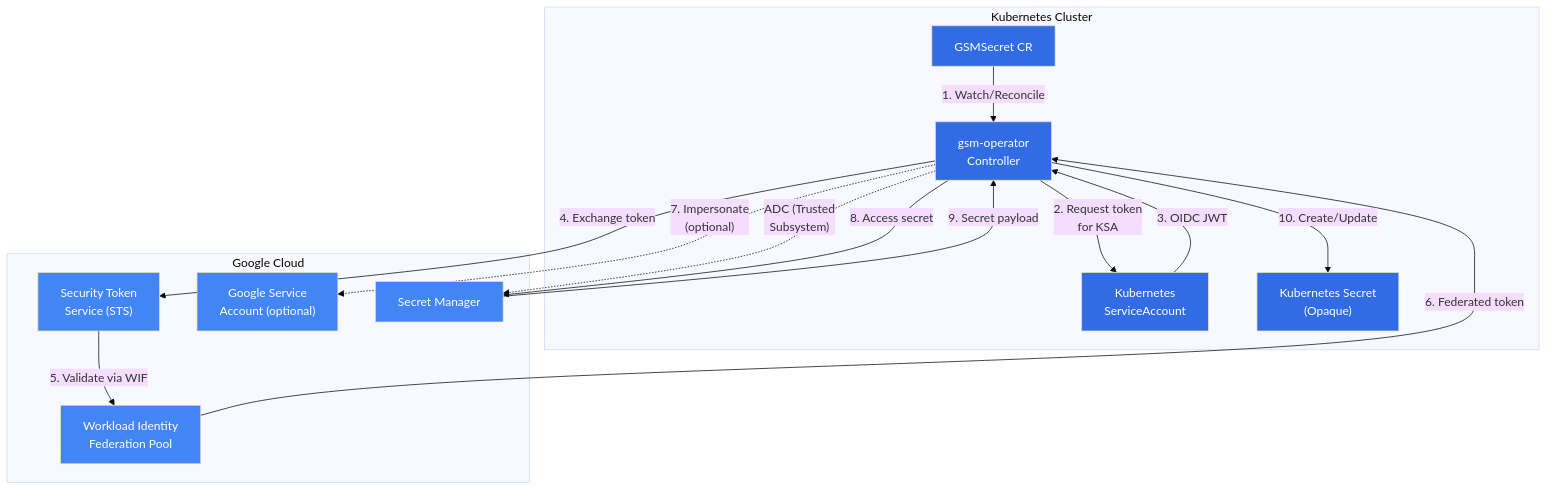
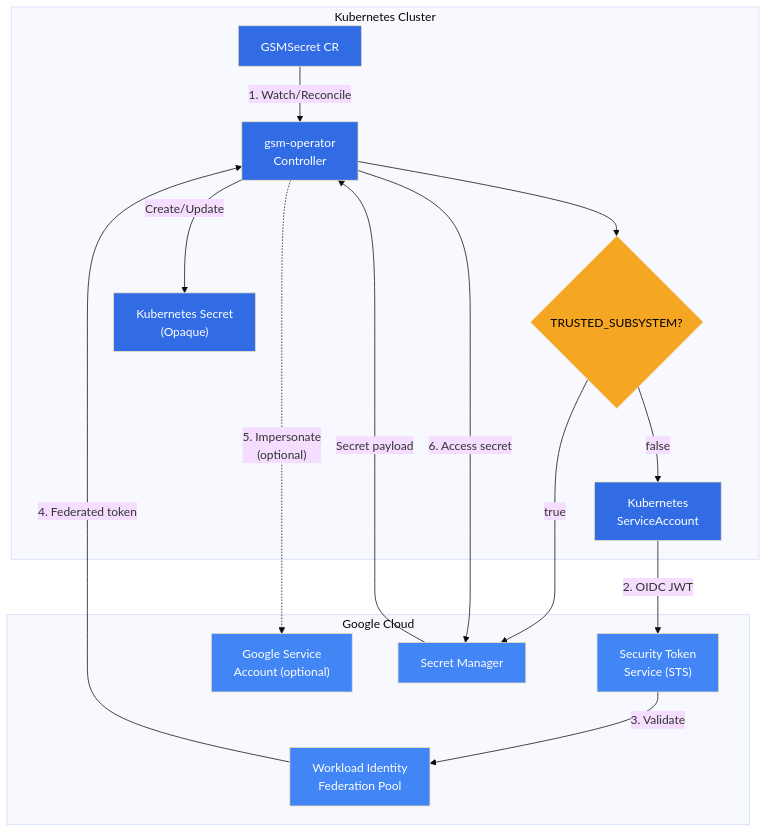
The diagram in README.md (zeraholladay/gsm-operator), drawn with Mermaid (base theme) before and after one commit.

````diff
--- a/README.md
+++ b/README.md
@@ -42,43 +42,45 @@
 ```mermaid
 flowchart TB
     subgraph k8s["Kubernetes Cluster"]
         gsmsecret["GSMSecret CR"]
         controller["gsm-operator<br/>Controller"]
+        mode{"TRUSTED_SUBSYSTEM?"}
         ksa["Kubernetes<br/>ServiceAccount"]
         secret["Kubernetes Secret<br/>(Opaque)"]
     end
     
     subgraph gcp["Google Cloud"]
         wif["Workload Identity<br/>Federation Pool"]
         sts["Security Token<br/>Service (STS)"]
         gsa["Google Service<br/>Account (optional)"]
         gsm["Secret Manager"]
     end
     
     gsmsecret -->|"1. Watch/Reconcile"| controller
+    controller --> mode
     
-    %% WIF Mode (solid lines)
-    controller -->|"2. Request token<br/>for KSA"| ksa
-    ksa -->|"3. OIDC JWT"| controller
-    controller -->|"4. Exchange token"| sts
-    sts -->|"5. Validate via WIF"| wif
-    wif -->|"6. Federated token"| controller
-    controller -.->|"7. Impersonate<br/>(optional)"| gsa
+    %% Trusted Subsystem Mode (direct path)
+    mode -->|"true"| gsm
     
-    %% Trusted Subsystem Mode (dashed line, bypasses WIF)
-    controller -.->|"ADC (Trusted<br/>Subsystem)"| gsm
+    %% WIF Mode
+    mode -->|"false"| ksa
+    ksa -->|"2. OIDC JWT"| sts
+    sts -->|"3. Validate"| wif
+    wif -->|"4. Federated token"| controller
+    controller -.->|"5. Impersonate<br/>(optional)"| gsa
+    controller -->|"6. Access secret"| gsm
     
-    %% Common path
-    controller -->|"8. Access secret"| gsm
-    gsm -->|"9. Secret payload"| controller
-    controller -->|"10. Create/Update"| secret
+    %% Common return path
+    gsm -->|"Secret payload"| controller
+    controller -->|"Create/Update"| secret
 
     style gsmsecret fill:#326ce5,color:#fff
     style secret fill:#326ce5,color:#fff
     style controller fill:#326ce5,color:#fff
     style ksa fill:#326ce5,color:#fff
+    style mode fill:#f5a623,color:#000
     style gsm fill:#4285f4,color:#fff
     style wif fill:#4285f4,color:#fff
     style sts fill:#4285f4,color:#fff
     style gsa fill:#4285f4,color:#fff
 ```
````
